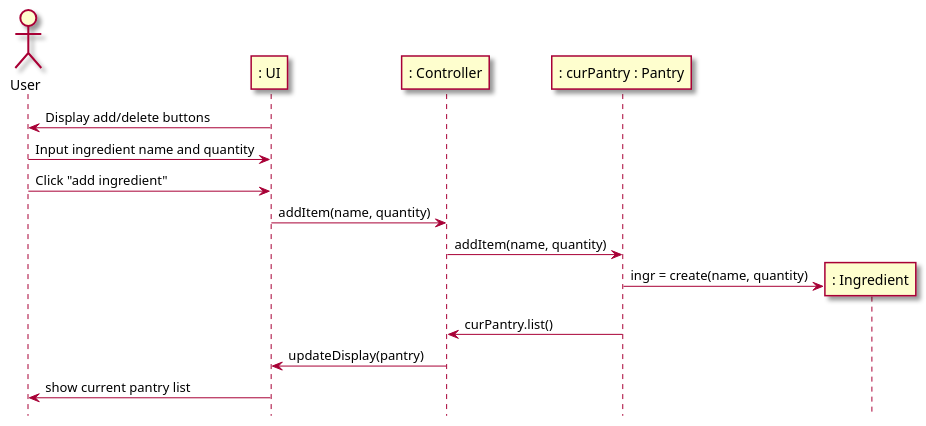
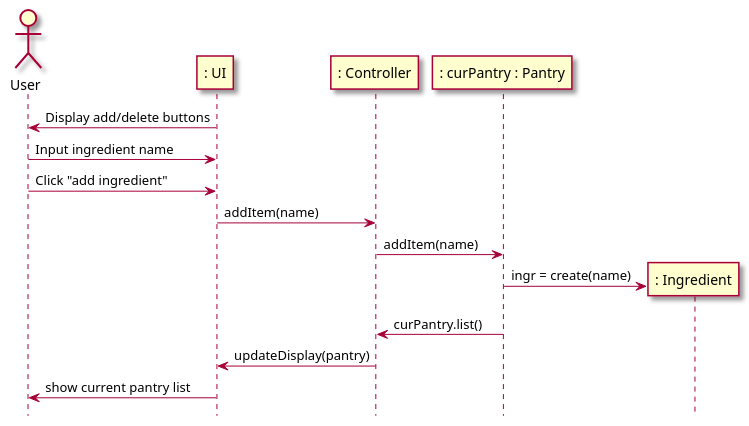
The fourth of 6 diagrams in intellij/doc/use-cases/manage_pantry.md (berthashipper/Pantry-Pal-Android-Application), drawn with PlantUML before and after one commit. The commit also changed other lines of this file and 3 other files, not shown here.

Commit message:
Finish sequence diagrams for manage pantry

`````diff
--- a/intellij/doc/use-cases/manage_pantry.md
+++ b/intellij/doc/use-cases/manage_pantry.md
@@ -123,24 +123,24 @@
 ```plantuml
 @startuml
 skin rose
 
 hide footbox
 
 actor User as user
 participant ": UI" as ui
 participant ": Controller"  as cont
 participant ": curPantry : Pantry" as pantry
 participant ": Ingredient" as ingr
 
 ui -> user : Display add/delete buttons
-user -> ui : Input ingredient name and quantity
+user -> ui : Input ingredient name
 user -> ui : Click "add ingredient"
-ui -> cont : addItem(name, quantity)
-cont -> pantry : addItem(name, quantity)
-pantry -> ingr **: ingr = create(name, quantity)
+ui -> cont : addItem(name)
+cont -> pantry : addItem(name)
+pantry -> ingr **: ingr = create(name)
 pantry -> cont : curPantry.list()
 cont -> ui : updateDisplay(pantry)
 ui -> user : show current pantry list
 
 @enduml
 ````
`````
